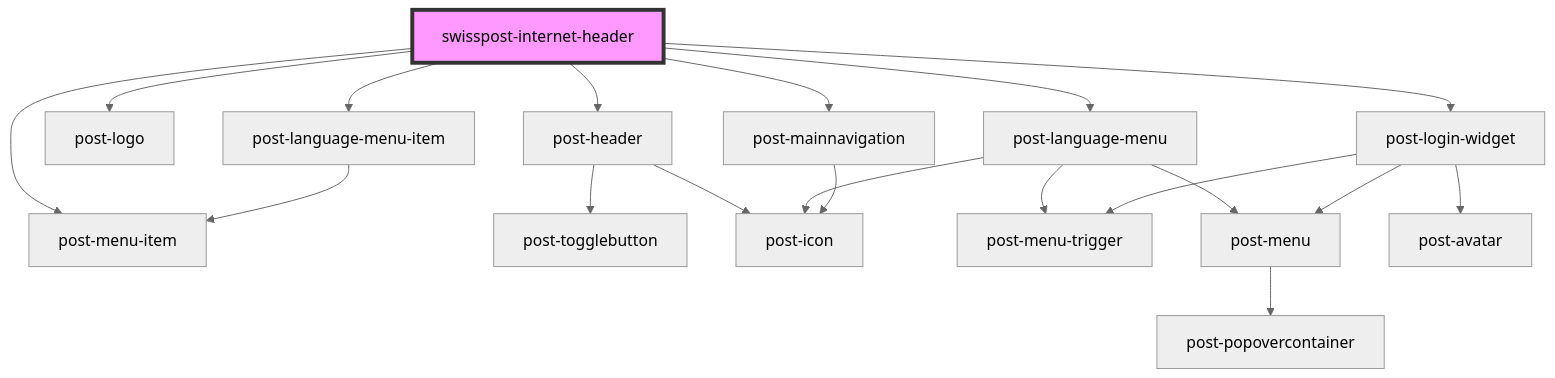
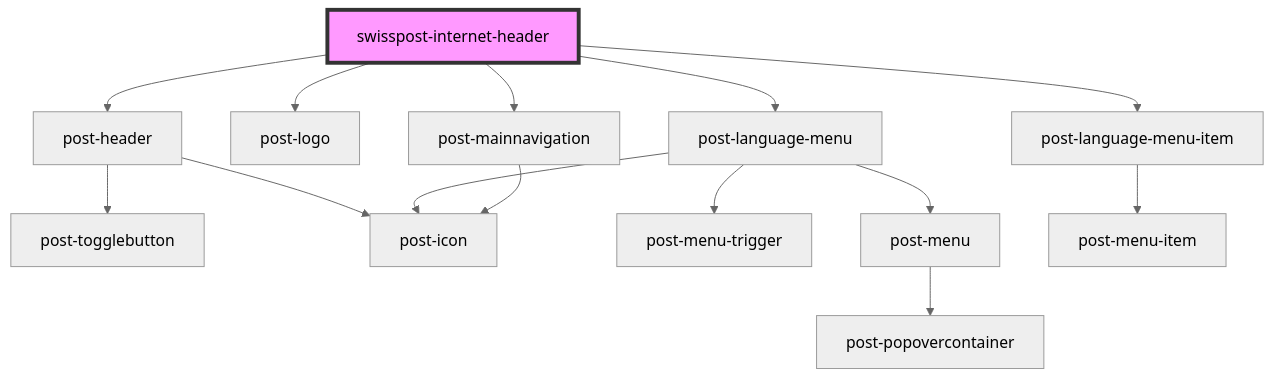
The diagram in packages/internet-header/src/components/post-internet-header/readme.md (swisspost/design-system), drawn with Mermaid (neutral theme) before and after one commit. The commit also changed other lines of this file and 18 other files, not shown here.

Commit message:
Update post-login in the internet-header package

````diff
--- a/packages/internet-header/src/components/post-internet-header/readme.md
+++ b/packages/internet-header/src/components/post-internet-header/readme.md
@@ -46,22 +42,17 @@
 ```mermaid
 graph TD;
   swisspost-internet-header --> post-header
   swisspost-internet-header --> post-logo
   swisspost-internet-header --> post-language-menu
   swisspost-internet-header --> post-language-menu-item
-  swisspost-internet-header --> post-login-widget
-  swisspost-internet-header --> post-menu-item
   swisspost-internet-header --> post-mainnavigation
   post-header --> post-togglebutton
   post-header --> post-icon
   post-language-menu --> post-menu-trigger
   post-language-menu --> post-icon
   post-language-menu --> post-menu
   post-menu --> post-popovercontainer
   post-language-menu-item --> post-menu-item
-  post-login-widget --> post-menu-trigger
-  post-login-widget --> post-avatar
-  post-login-widget --> post-menu
   post-mainnavigation --> post-icon
   style swisspost-internet-header fill:#f9f,stroke:#333,stroke-width:4px
 ```
````
